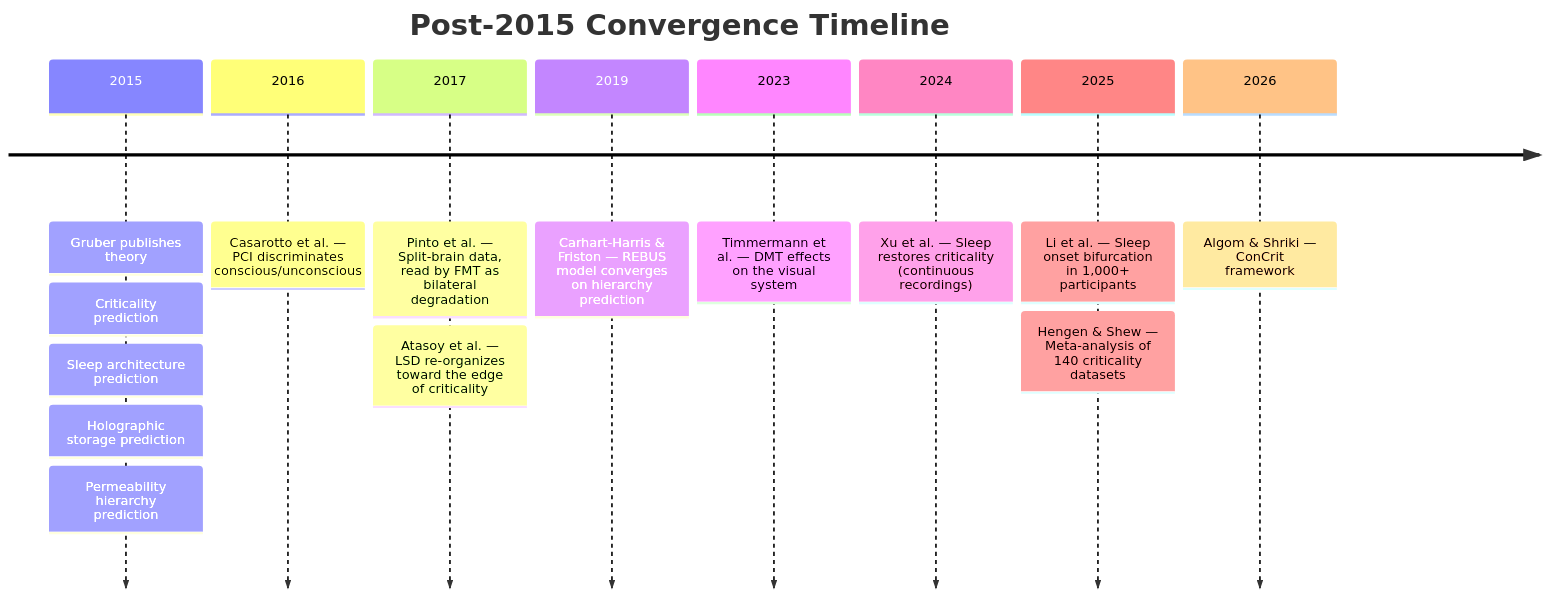
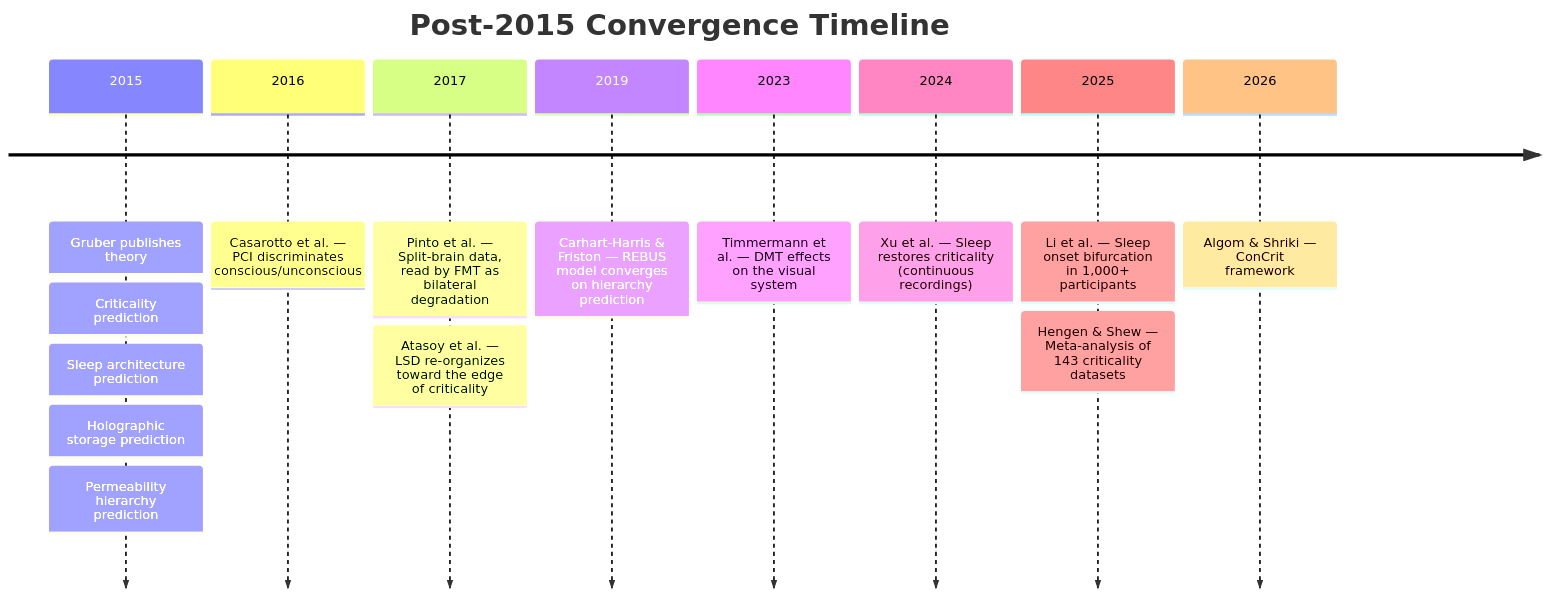
The diagram in wiki/predictions/confirmed.md (JeltzProstetnic/aIware), drawn with Mermaid before and after one commit. The commit also changed other lines of this file and 366 other files, not shown here.

````diff
--- a/wiki/predictions/confirmed.md
+++ b/wiki/predictions/confirmed.md
@@ -37,18 +37,18 @@
 ```mermaid
 timeline
     title Post-2015 Convergence Timeline
     2015 : Gruber publishes theory
          : Criticality prediction
          : Sleep architecture prediction
          : Holographic storage prediction
          : Permeability hierarchy prediction
     2016 : Casarotto et al. — PCI discriminates conscious/unconscious
     2017 : Pinto et al. — Split-brain data, read by FMT as bilateral degradation
          : Atasoy et al. — LSD re-organizes toward the edge of criticality
     2019 : Carhart-Harris & Friston — REBUS model converges on hierarchy prediction
     2023 : Timmermann et al. — DMT effects on the visual system
     2024 : Xu et al. — Sleep restores criticality (continuous recordings)
     2025 : Li et al. — Sleep onset bifurcation in 1,000+ participants
-         : Hengen & Shew — Meta-analysis of 140 criticality datasets
+         : Hengen & Shew — Meta-analysis of 143 criticality datasets
     2026 : Algom & Shriki — ConCrit framework
 ```
````
